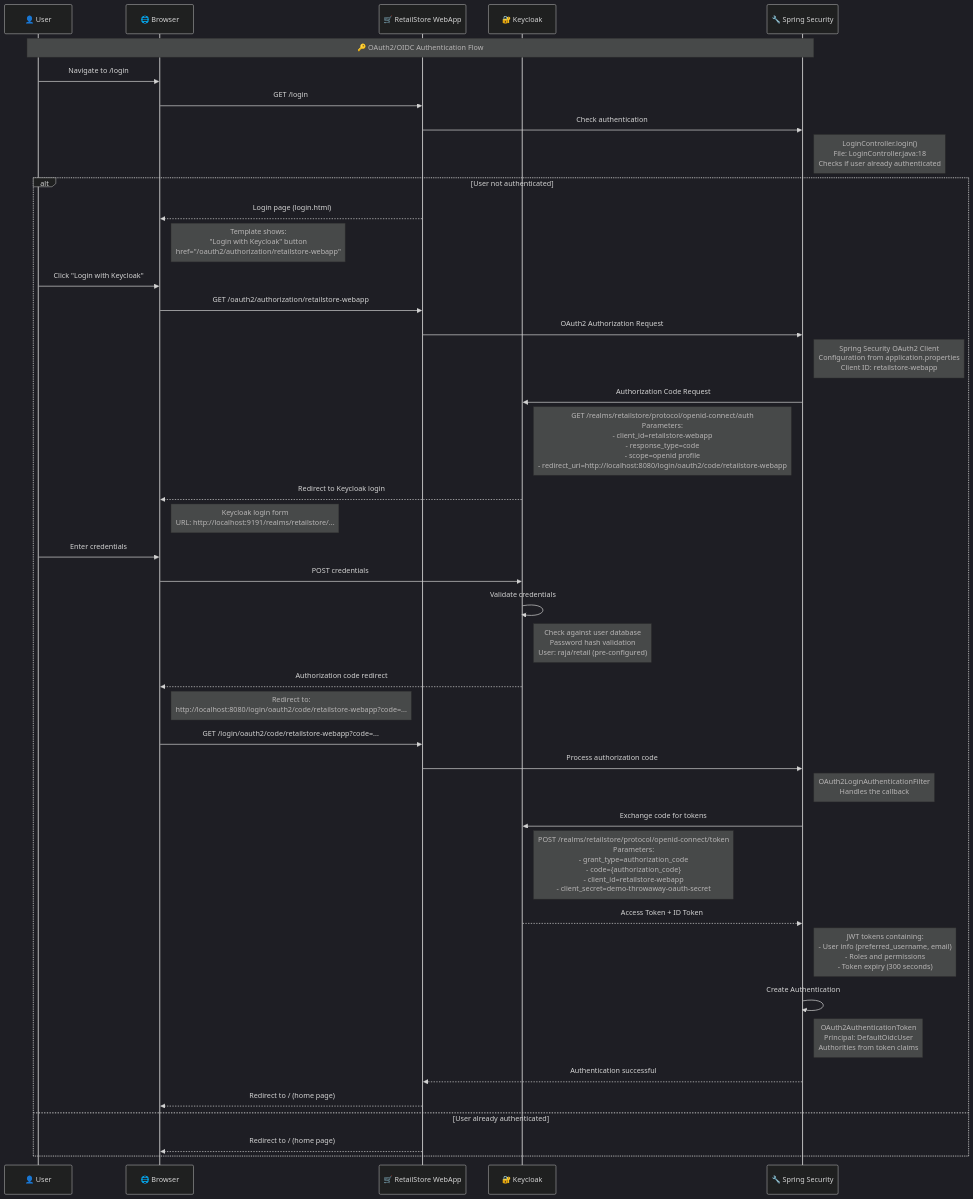
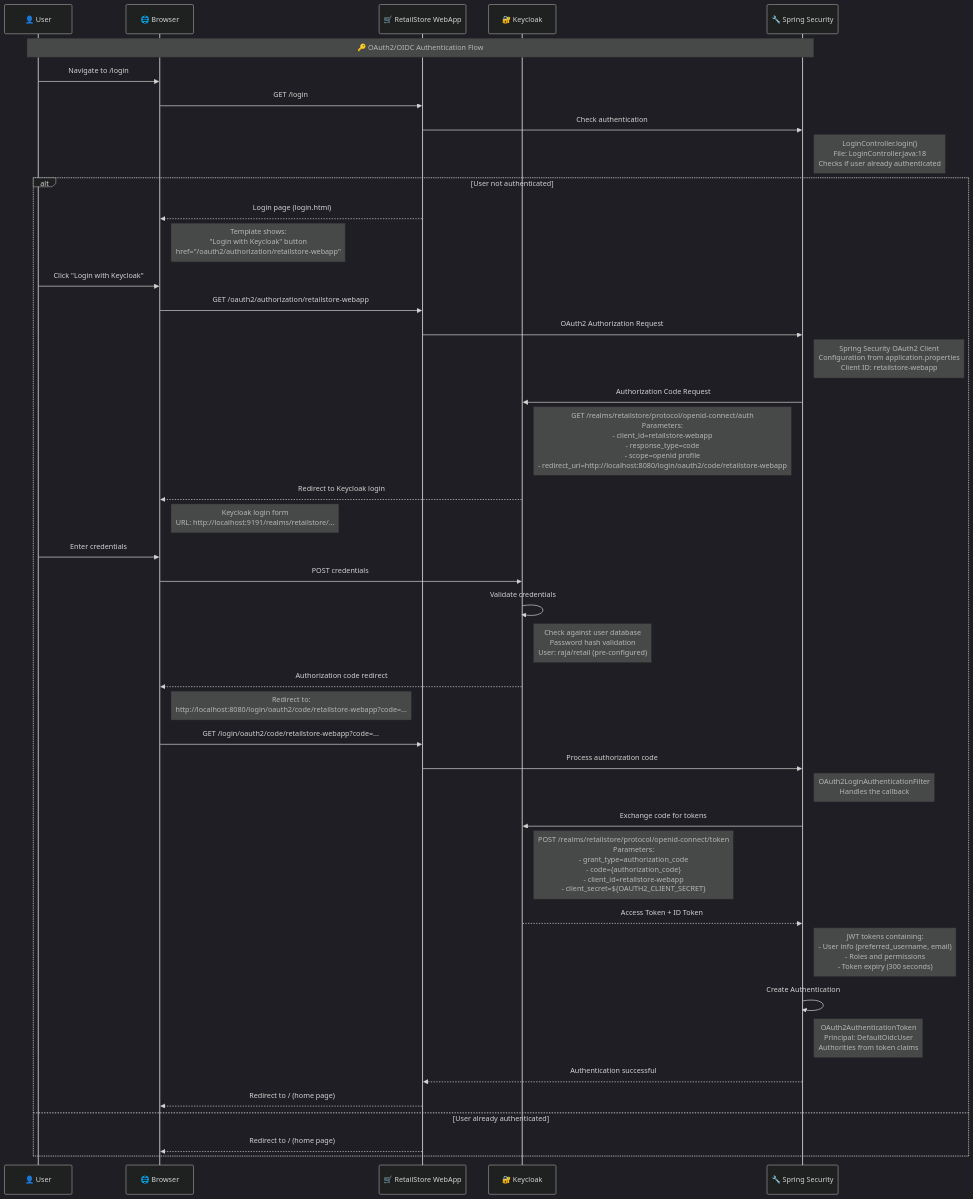
Before and after one commit to rajadilipkolli/spring-boot-microservices-series-v2: the second of 5 diagrams in retail-store-webapp/RetailStore-Authentication-Deep-Dive.md, drawn with Mermaid (dark theme). The commit also changed other lines of this file and 51 other files, not shown here.

````diff
--- a/retail-store-webapp/RetailStore-Authentication-Deep-Dive.md
+++ b/retail-store-webapp/RetailStore-Authentication-Deep-Dive.md
@@ -132,62 +171,62 @@
 ```mermaid
 sequenceDiagram
     participant User as 👤 User
     participant Browser as 🌐 Browser
     participant WebApp as 🛒 RetailStore WebApp
     participant KC as 🔐 Keycloak
     participant Spring as 🔧 Spring Security
 
     Note over User, Spring: 🔑 OAuth2/OIDC Authentication Flow
 
     User->>Browser: Navigate to /login
     Browser->>WebApp: GET /login
     
     WebApp->>Spring: Check authentication
     Note right of Spring: LoginController.login()<br/>File: LoginController.java:18<br/>Checks if user already authenticated
     
     alt User not authenticated
         WebApp-->>Browser: Login page (login.html)
         Note right of Browser: Template shows:<br/>"Login with Keycloak" button<br/>href="/oauth2/authorization/retailstore-webapp"
         
         User->>Browser: Click "Login with Keycloak"
         Browser->>WebApp: GET /oauth2/authorization/retailstore-webapp
         
         WebApp->>Spring: OAuth2 Authorization Request
         Note right of Spring: Spring Security OAuth2 Client<br/>Configuration from application.properties<br/>Client ID: retailstore-webapp
         
         Spring->>KC: Authorization Code Request
         Note right of KC: GET /realms/retailstore/protocol/openid-connect/auth<br/>Parameters:<br/>- client_id=retailstore-webapp<br/>- response_type=code<br/>- scope=openid profile<br/>- redirect_uri=http://localhost:8080/login/oauth2/code/retailstore-webapp
         
         KC-->>Browser: Redirect to Keycloak login
         Note right of Browser: Keycloak login form<br/>URL: http://localhost:9191/realms/retailstore/...
         
         User->>Browser: Enter credentials
         Browser->>KC: POST credentials
         
         KC->>KC: Validate credentials
         Note right of KC: Check against user database<br/>Password hash validation<br/>User: raja/retail (pre-configured)
         
         KC-->>Browser: Authorization code redirect
         Note right of Browser: Redirect to:<br/>http://localhost:8080/login/oauth2/code/retailstore-webapp?code=...
         
         Browser->>WebApp: GET /login/oauth2/code/retailstore-webapp?code=...
         
         WebApp->>Spring: Process authorization code
         Note right of Spring: OAuth2LoginAuthenticationFilter<br/>Handles the callback
         
         Spring->>KC: Exchange code for tokens
-        Note right of KC: POST /realms/retailstore/protocol/openid-connect/token<br/>Parameters:<br/>- grant_type=authorization_code<br/>- code={authorization_code}<br/>- client_id=retailstore-webapp<br/>- client_secret=demo-throwaway-oauth-secret
+        Note right of KC: POST /realms/retailstore/protocol/openid-connect/token<br/>Parameters:<br/>- grant_type=authorization_code<br/>- code={authorization_code}<br/>- client_id=retailstore-webapp<br/>- client_secret=${OAUTH2_CLIENT_SECRET}
         
         KC-->>Spring: Access Token + ID Token
         Note right of Spring: JWT tokens containing:<br/>- User info (preferred_username, email)<br/>- Roles and permissions<br/>- Token expiry (300 seconds)
         
         Spring->>Spring: Create Authentication
         Note right of Spring: OAuth2AuthenticationToken<br/>Principal: DefaultOidcUser<br/>Authorities from token claims
         
         Spring-->>WebApp: Authentication successful
         WebApp-->>Browser: Redirect to / (home page)
         
     else User already authenticated
         WebApp-->>Browser: Redirect to / (home page)
     end
 ```
````
